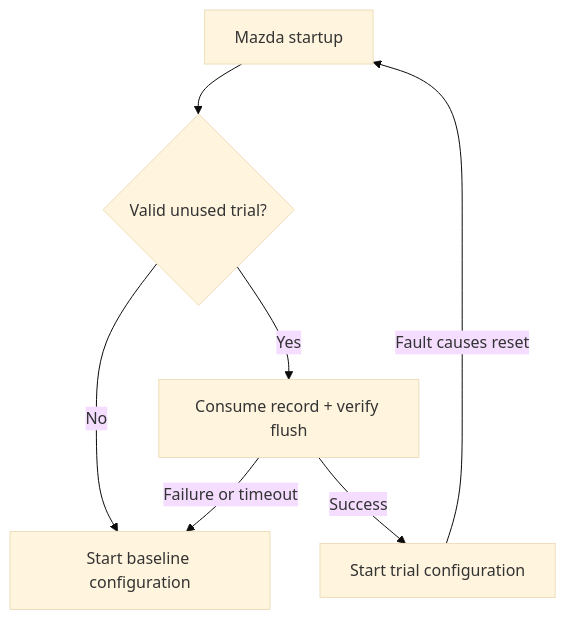
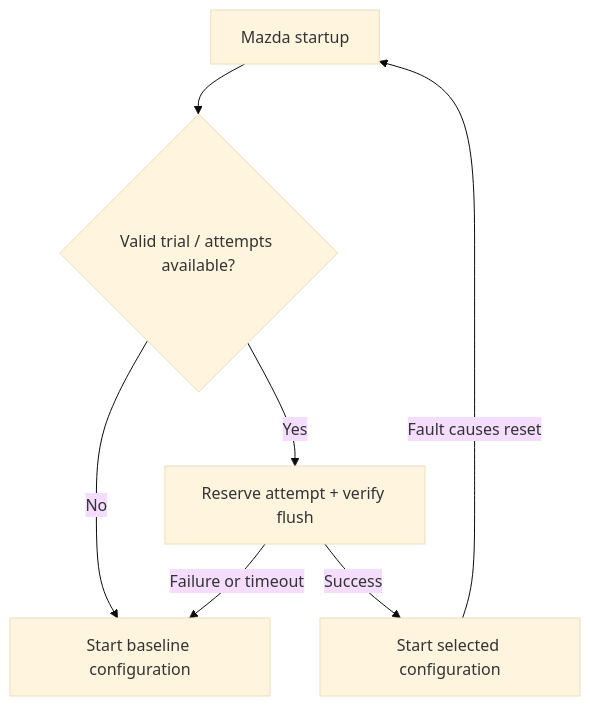
One commit to aeharding/open-connect changed the diagram in docs/extension-architecture.md. Above: the diagram before and after it, drawn with Mermaid (base theme). The commit also changed other lines of this file and 8 other files, not shown here.

Commit message:
Bound startup attempts without refunding them at readiness (#43)

```diff
--- a/docs/extension-architecture.md
+++ b/docs/extension-architecture.md
@@ -13,9 +13,9 @@
 ~~~mermaid
 flowchart TD
-    Boot["Mazda startup"] --> Select{"Valid unused trial?"}
+    Boot["Mazda startup"] --> Select{"Valid trial / attempts available?"}
     Select -->|No| Baseline["Start baseline configuration"]
-    Select -->|Yes| Consume["Consume record + verify flush"]
+    Select -->|Yes| Consume["Reserve attempt + verify flush"]
     Consume -->|Failure or timeout| Baseline
-    Consume -->|Success| Trial["Start trial configuration"]
+    Consume -->|Success| Trial["Start selected configuration"]
     Trial -->|Fault causes reset| Boot
 ~~~
```
